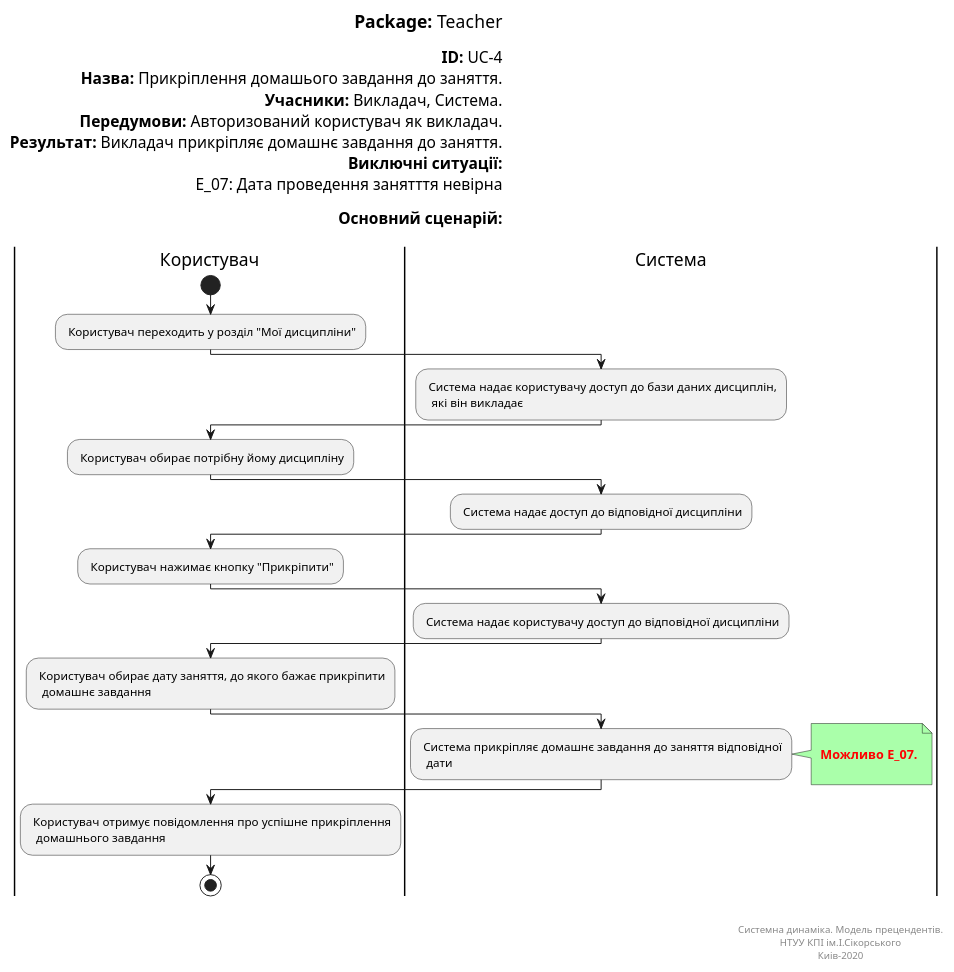
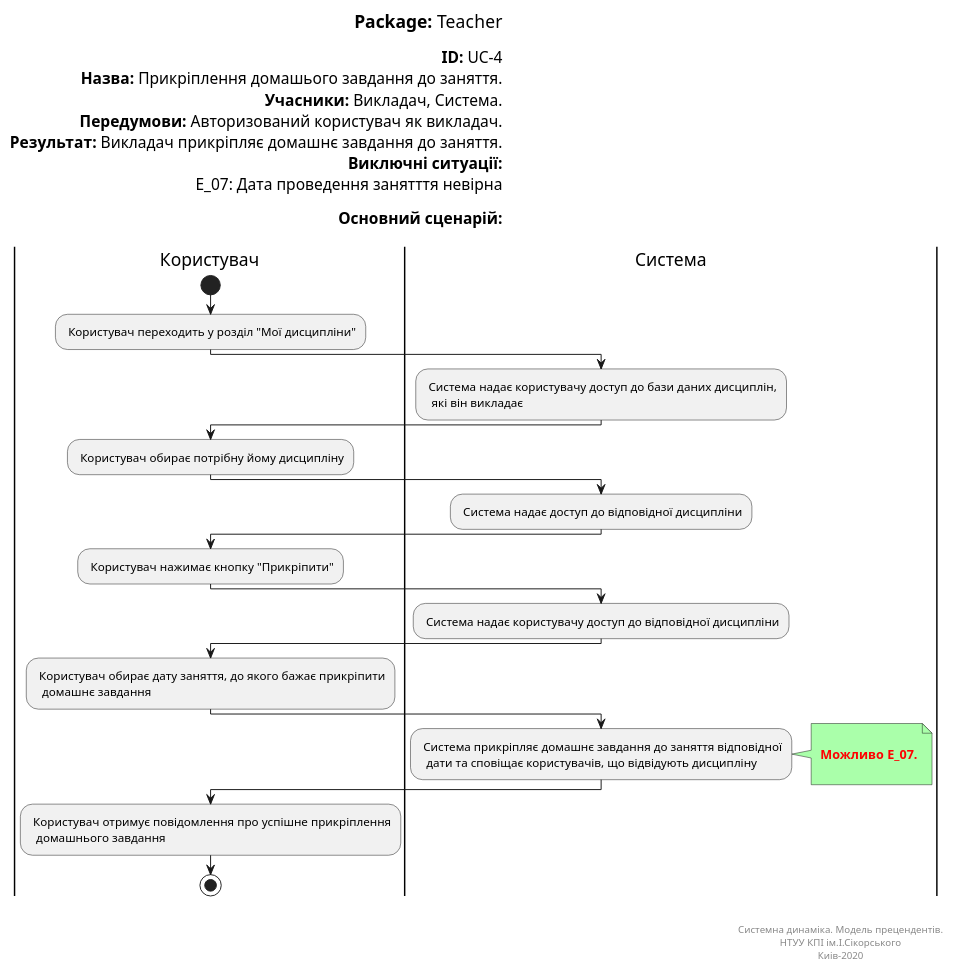
Before and after one commit to vladlinu/TeamOne: the diagram in docs/UML_Diagrams/scenarios/teacher/diagrams/UC_4.pu, drawn with PlantUML.

```diff
--- a/docs/UML_Diagrams/scenarios/teacher/diagrams/UC_4.pu
+++ b/docs/UML_Diagrams/scenarios/teacher/diagrams/UC_4.pu
@@ -1,64 +1,64 @@
 @startuml
 left header
 <font color=000 size=18><b>Package:</b> Teacher
 
 <font color=000 size=16><b>ID:</b> UC-4
 <font color=000 size=16><b>Назва:</b> Прикріплення домашього завдання до заняття.
 <font color=000 size=16><b>Учасники:</b> Викладач, Система.
 <font color=000 size=16><b>Передумови:</b> Авторизований користувач як викладач.
 <font color=000 size=16><b>Результат:</b> Викладач прикріпляє домашнє завдання до заняття.
 <font color=000 size=16><b>Виключні ситуації:</b>
 <font color=000 size=16> E_07: Дата проведення занятття невірна
 
 <font color=000 size=16><b>Основний сценарій:</b>
 
 end header
 
 |Користувач|
 start
 : Користувач переходить у розділ "Мої дисципліни";
 
 |Система|
 : Система надає користувачу доступ до бази даних дисциплін, 
   які він викладає;
    
 |Користувач|
 : Користувач обирає потрібну йому дисципліну;   
 
 |Система|
 : Система надає доступ до відповідної дисципліни;
 
 |Користувач|
 : Користувач нажимає кнопку "Прикріпити";   
 
 |Система|
 : Система надає користувачу доступ до відповідної дисципліни;
 
 
 |Користувач|
 : Користувач обирає дату заняття, до якого бажає прикріпити
   домашнє завдання;
 
 |Система|
 : Система прикріпляє домашнє завдання до заняття відповідної
-  дати;
+  дати та сповіщає користувачів, що відвідують дисципліну;
 note right #aaffaa
 
 <font color=red><b> Можливо E_07.
 
 end note
 
 |Користувач|
 : Користувач отримує повідомлення про успішне прикріплення
   домашнього завдання;  
   
 stop;
 
 right footer
 
 
 Системна динаміка. Модель прецендентів.
 НТУУ КПІ ім.І.Сікорського
 Киів-2020
 end footer
 @enduml
```
